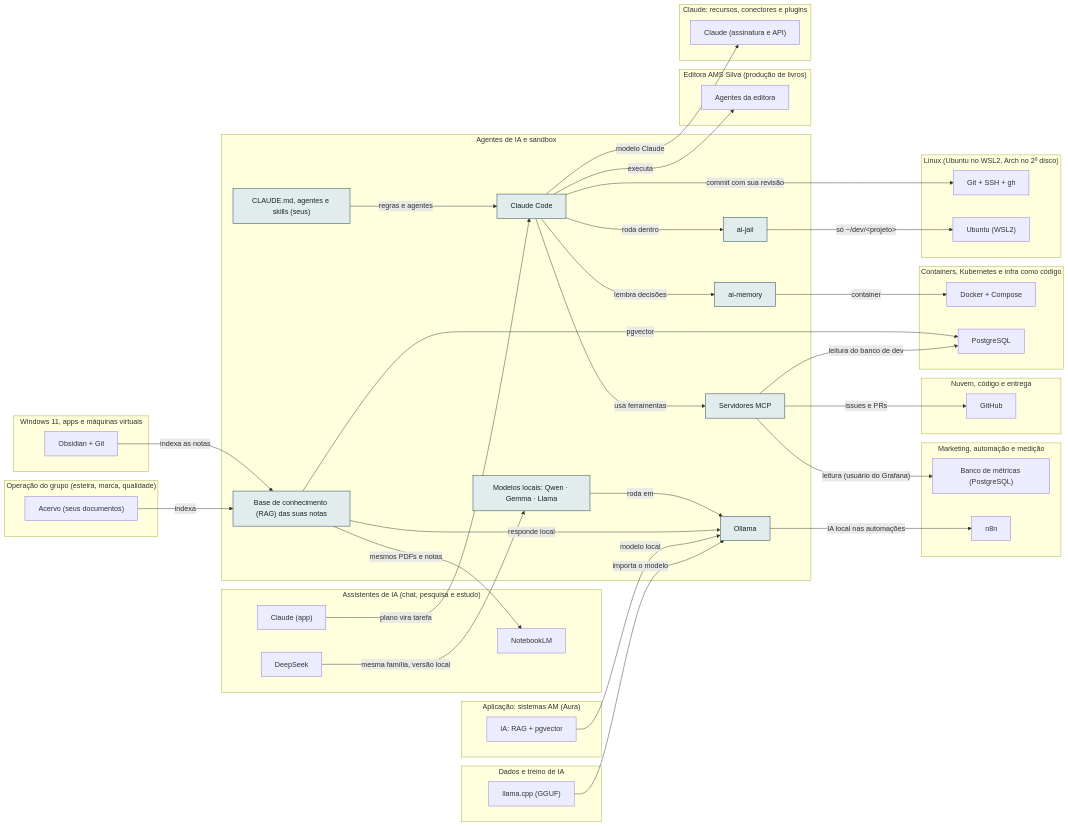
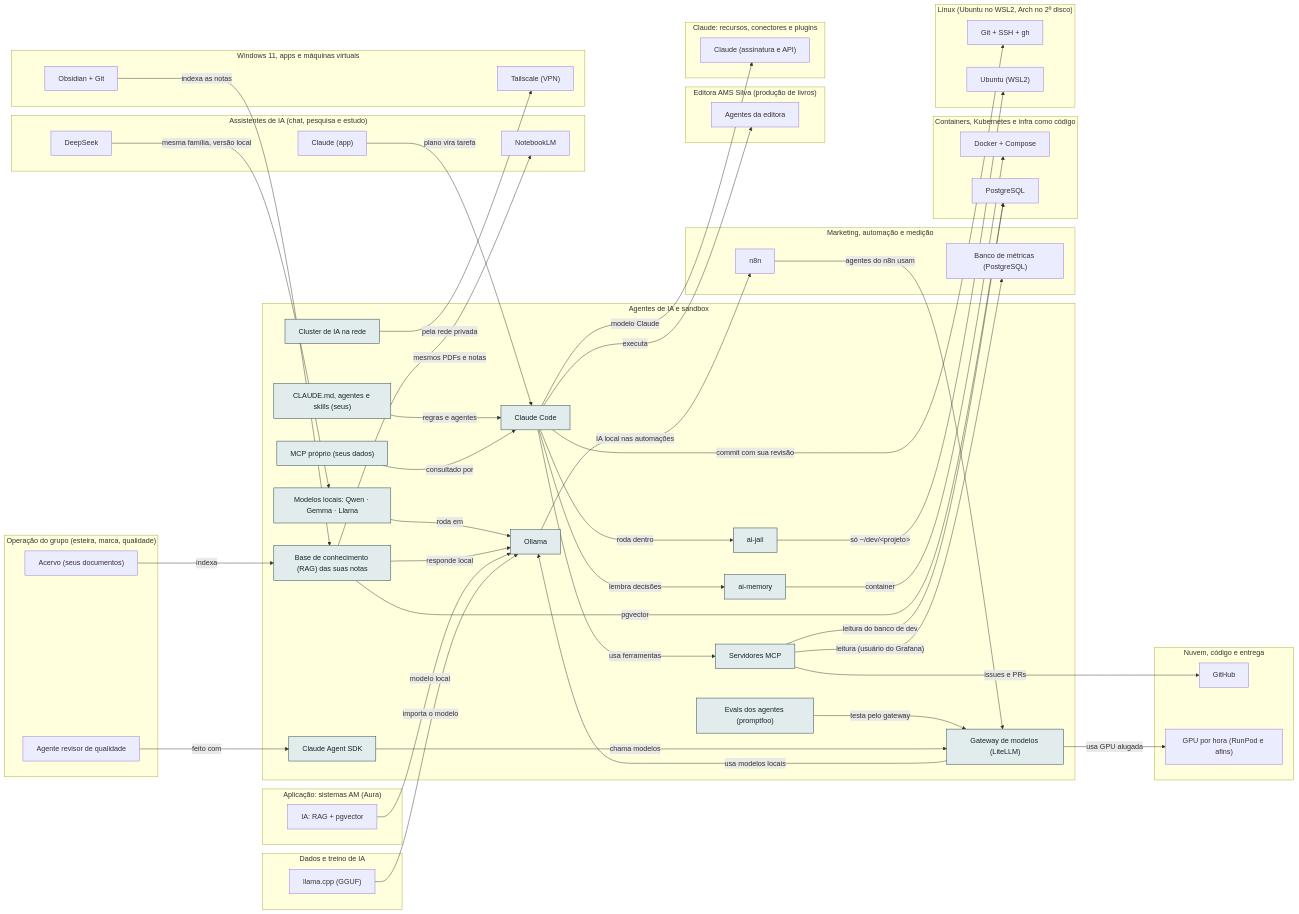
One commit to AlanMateus17/dev-setup changed the diagram in docs/camadas/05-ia.md. Above: the diagram before and after it, drawn with Mermaid. The commit also changed other lines of this file and 56 other files, not shown here.

First line of the commit message:
feat: padrão de elite, IA com qualidade medida, modelos grandes sem PC maior e rede própria

````diff
--- a/docs/camadas/05-ia.md
+++ b/docs/camadas/05-ia.md
@@ -22,9 +22,15 @@
     n_mcp["Servidores MCP"]
     n_kit["CLAUDE.md, agentes e skills (seus)"]
     n_oll["Ollama"]
+    n_litellm["Gateway de modelos (LiteLLM)"]
+    n_promptfoo["Evals dos agentes (promptfoo)"]
+    n_mcpproprio["MCP próprio (seus dados)"]
+    n_agentsdk["Claude Agent SDK"]
+    n_iacluster["Cluster de IA na rede"]
   end
   subgraph L_oper["Operação do grupo (esteira, marca, qualidade)"]
     n_acv["Acervo (seus documentos)"]
+    n_revisor["Agente revisor de qualidade"]
   end
   subgraph L_mkt["Marketing, automação e medição"]
     n_metrics["Banco de métricas (PostgreSQL)"]
@@ -35,6 +41,7 @@
   end
   subgraph L_nuvem["Nuvem, código e entrega"]
     n_gh["GitHub"]
+    n_gpuh["GPU por hora (RunPod e afins)"]
   end
   subgraph L_app["Aplicação: sistemas AM (Aura)"]
     n_ai["IA: RAG + pgvector"]
@@ -60,6 +67,7 @@
   end
   subgraph L_win["Windows 11, apps e máquinas virtuais"]
     n_obsd["Obsidian + Git"]
+    n_tail["Tailscale (VPN)"]
   end
   n_lmods -->|"roda em"| n_oll
   n_ds -->|"mesma família, versão local"| n_lmods
@@ -76,6 +84,7 @@
   n_cc -->|"commit com sua revisão"| n_git
   n_kit -->|"regras e agentes"| n_cc
   n_capp2 -->|"plano vira tarefa"| n_cc
+  n_mcpproprio -->|"consultado por"| n_cc
   n_jail -->|"só ~/dev/#lt;projeto#gt;"| n_wsl
   n_mem -->|"container"| n_docker
   n_mcp -->|"issues e PRs"| n_gh
@@ -84,6 +93,13 @@
   n_oll -->|"IA local nas automações"| n_n8n
   n_ai -->|"modelo local"| n_oll
   n_gguf -->|"importa o modelo"| n_oll
+  n_litellm -->|"usa modelos locais"| n_oll
+  n_litellm -->|"usa GPU alugada"| n_gpuh
+  n_promptfoo -->|"testa pelo gateway"| n_litellm
+  n_agentsdk -->|"chama modelos"| n_litellm
+  n_n8n -->|"agentes do n8n usam"| n_litellm
+  n_revisor -->|"feito com"| n_agentsdk
+  n_iacluster -->|"pela rede privada"| n_tail
   classDef desta fill:#e2ecec,stroke:#0e3a45,color:#13262b
-  class n_lmods,n_rag,n_cc,n_jail,n_mem,n_mcp,n_kit,n_oll desta
+  class n_lmods,n_rag,n_cc,n_jail,n_mem,n_mcp,n_kit,n_oll,n_litellm,n_promptfoo,n_mcpproprio,n_agentsdk,n_iacluster desta
 ```
````
